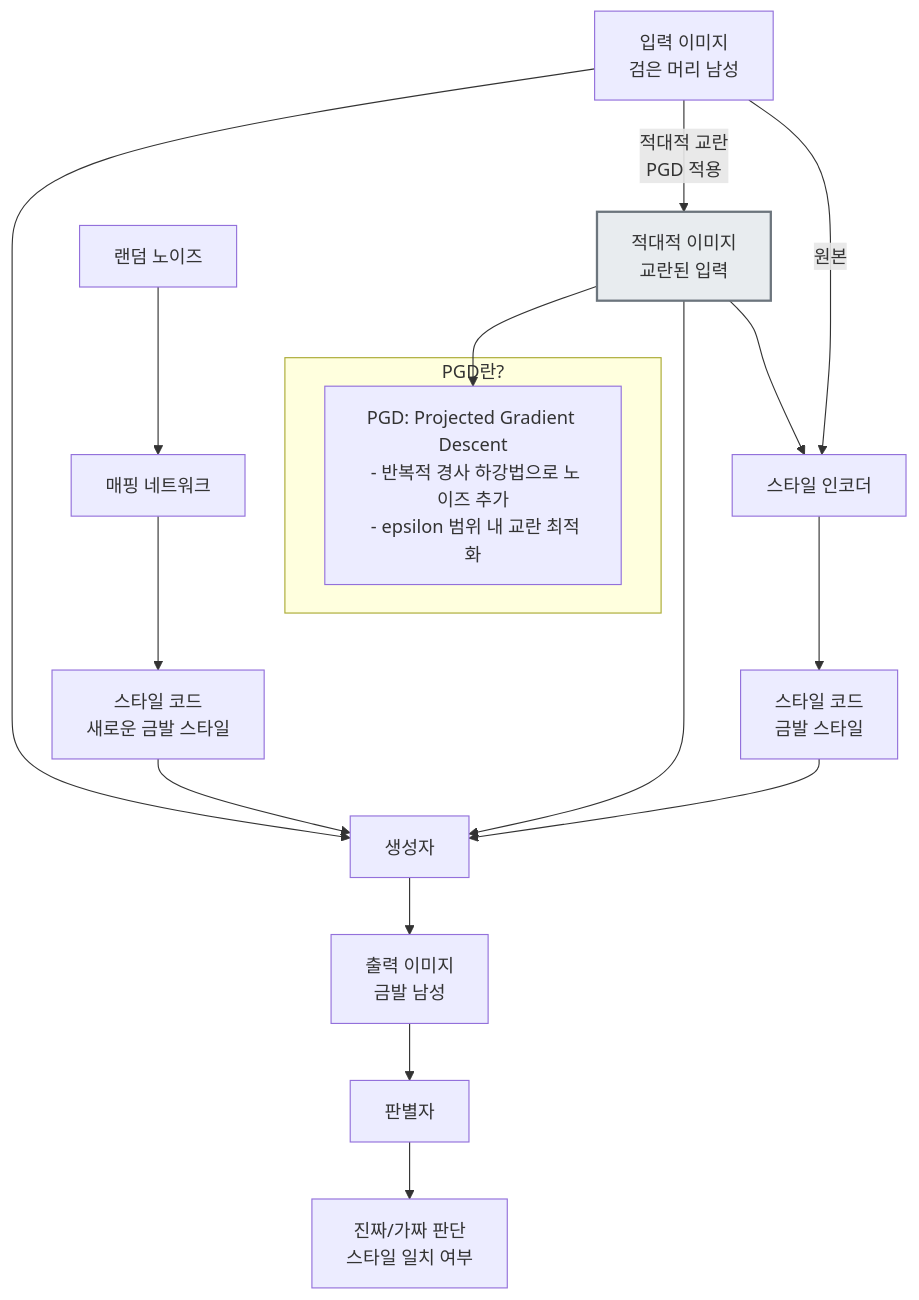
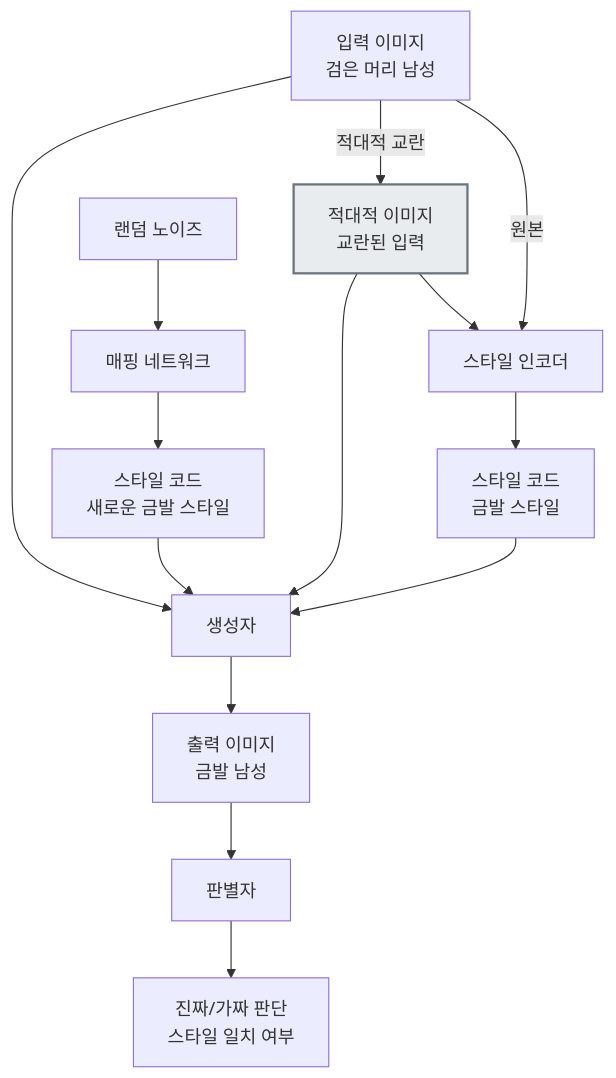
One commit to hyundairotemai2/AIFAKER changed the first of 5 diagrams in README.md. Above: the diagram before and after it, drawn with Mermaid.

````diff
--- a/README.md
+++ b/README.md
@@ -26,33 +26,27 @@
 ```mermaid
 graph TD
     %% 입력 및 적대적 공격
     A[입력 이미지<br>검은 머리 남성] -->|원본| B[스타일 인코더]
-    A -->|적대적 교란<br>PGD 적용| A_adv[적대적 이미지<br>교란된 입력]
+    A -->|적대적 교란| A_adv[적대적 이미지<br>교란된 입력]
     A_adv --> B
     
     %% 스타일 코드 생성
     B --> C[스타일 코드<br>금발 스타일]
     D[랜덤 노이즈] --> E[매핑 네트워크]
     E --> F[스타일 코드<br>새로운 금발 스타일]
     
     %% 이미지 생성
     A --> G[생성자]
     A_adv --> G
     C --> G
     F --> G
     
     %% 판별 과정
     G --> H[출력 이미지<br>금발 남성]
     H --> I[판별자]
     I --> J[진짜/가짜 판단<br>스타일 일치 여부]
 
-    %% 스타일 강조
+    %% 스타일 강조 (수수한 색상 적용)
     classDef attack fill:#e8ecef,stroke:#6c757d,stroke-width:2px;
     class A_adv attack;
-
-    %% PGD 주석
-    subgraph PGD란?
-        Note[PGD: Projected Gradient Descent<br> - 반복적 경사 하강법으로 노이즈 추가<br> - epsilon 범위 내 교란 최적화]
-    end
-    A_adv --> Note
 ```
````
